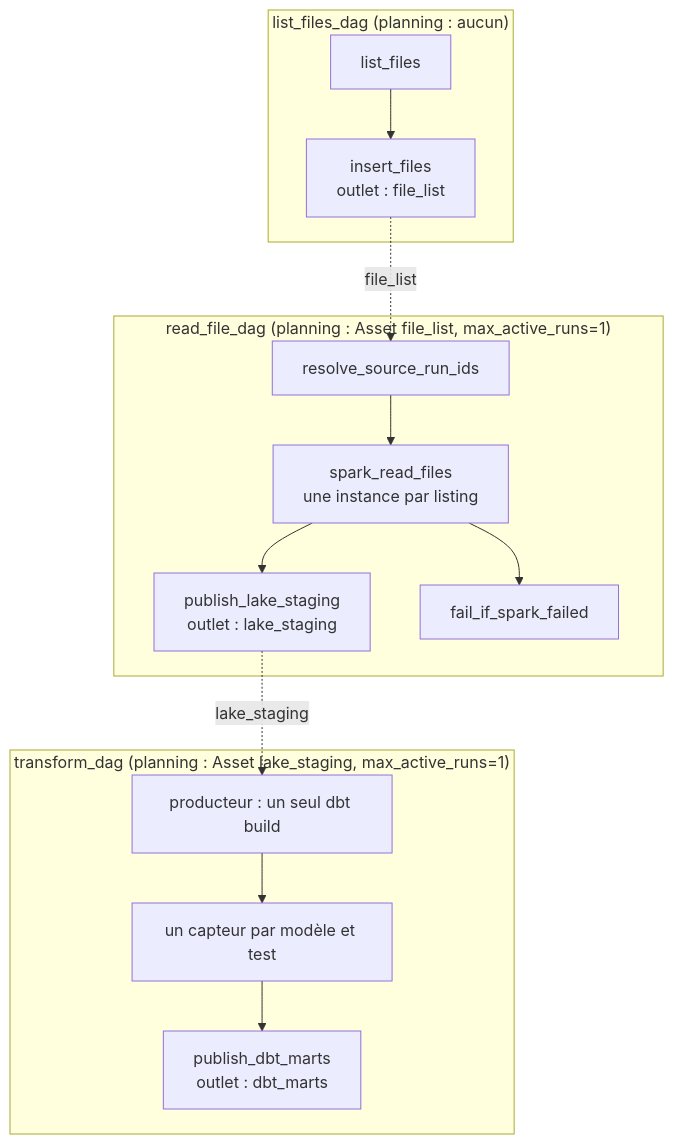
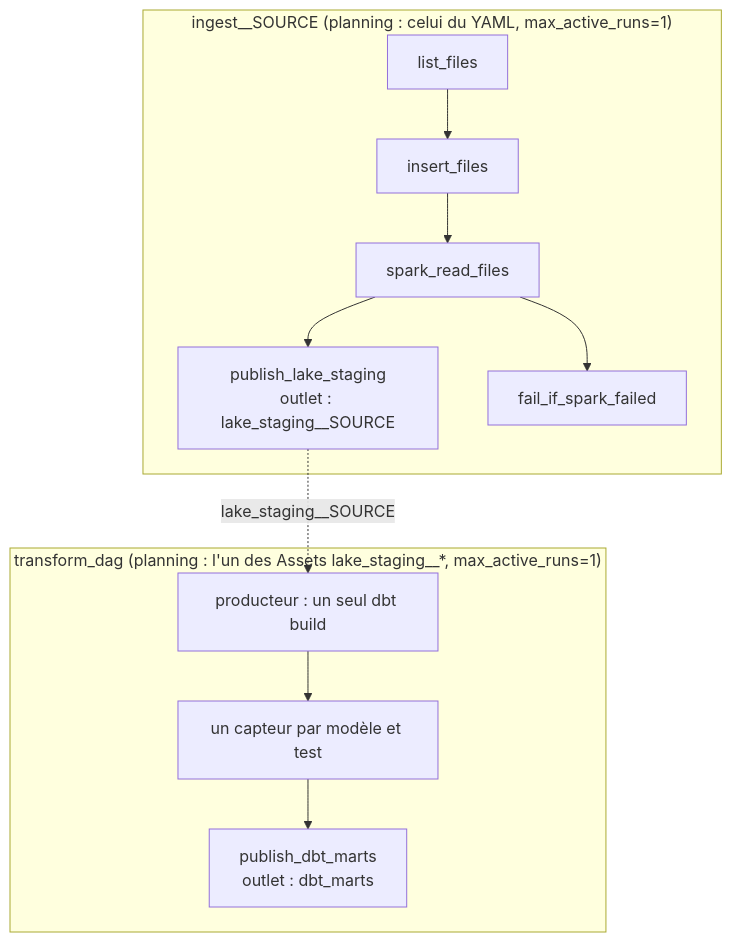
Before and after one commit to ledilypaul/airflow_project_one: the diagram in docs/concepts/dags.md, drawn with Mermaid. The commit also changed other lines of this file and 69 other files, not shown here.

````diff
--- a/docs/concepts/dags.md
+++ b/docs/concepts/dags.md
@@ -7,17 +7,14 @@
 ```{mermaid}
 flowchart TB
-    subgraph LIST["list_files_dag (planning : aucun)"]
-        lf["list_files"] --> inf["insert_files<br/>outlet : file_list"]
-    end
-    subgraph READ["read_file_dag (planning : Asset file_list, max_active_runs=1)"]
-        res["resolve_source_run_ids"] --> sp["spark_read_files<br/>une instance par listing"]
-        sp --> pub["publish_lake_staging<br/>outlet : lake_staging"]
+    subgraph ING["ingest__SOURCE (planning : celui du YAML, max_active_runs=1)"]
+        lf["list_files"] --> inf["insert_files"]
+        inf --> sp["spark_read_files"]
+        sp --> pub["publish_lake_staging<br/>outlet : lake_staging__SOURCE"]
         sp --> fail["fail_if_spark_failed"]
     end
-    subgraph TRANS["transform_dag (planning : Asset lake_staging, max_active_runs=1)"]
+    subgraph TRANS["transform_dag (planning : l'un des Assets lake_staging__*, max_active_runs=1)"]
         prod["producteur : un seul dbt build"] --> sens["un capteur par modèle et test"]
         sens --> mart["publish_dbt_marts<br/>outlet : dbt_marts"]
     end
-    inf -. file_list .-> res
-    pub -. lake_staging .-> prod
+    pub -. "lake_staging__SOURCE" .-> prod
 ```
````
